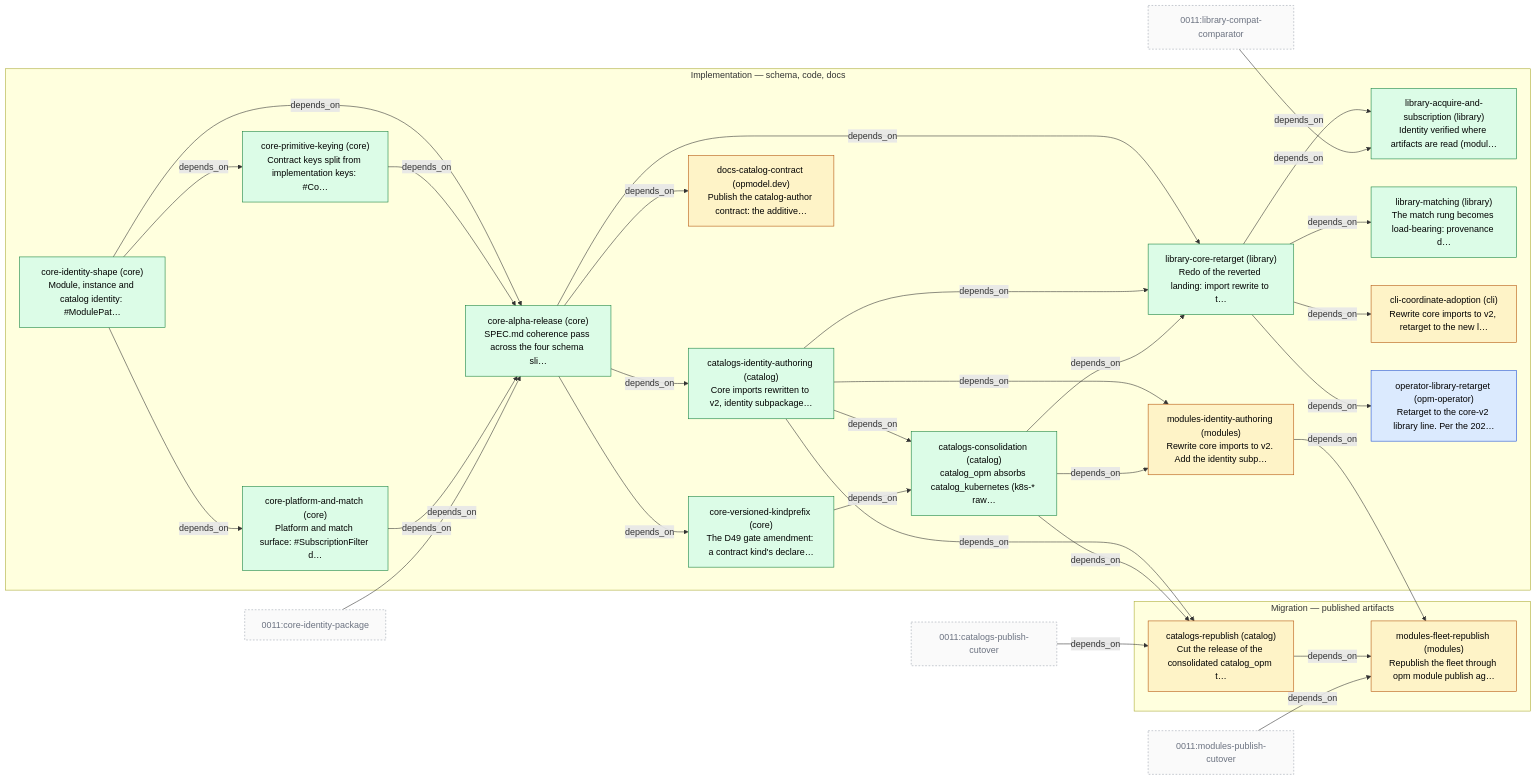
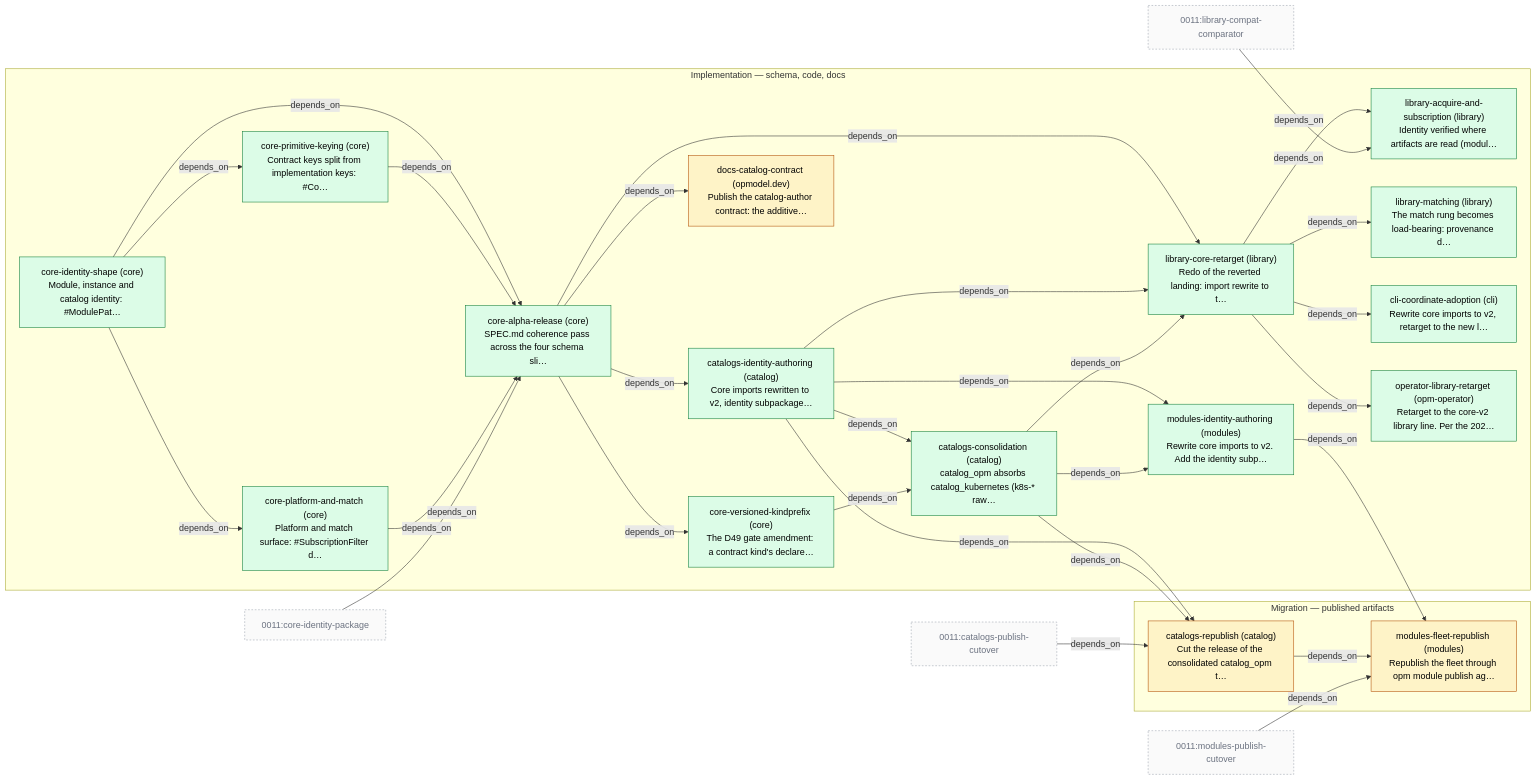
Before and after one commit to open-platform-model/enhancements: the diagram in 0010/PLAN.md, drawn with Mermaid. The commit also changed other lines of this file and 4 other files, not shown here.

Commit message:
record(0010): modules-identity-authoring done; refresh stale generated plans

````diff
--- a/0010/PLAN.md
+++ b/0010/PLAN.md
@@ -5,61 +5,61 @@
 ```mermaid
 graph LR
   classDef planned     fill:#fef3c7,stroke:#b45309,color:#000
   classDef in_progress fill:#dbeafe,stroke:#1d4ed8,color:#000
   classDef done        fill:#dcfce7,stroke:#15803d,color:#000
   classDef cancelled   fill:#e5e7eb,stroke:#6b7280,color:#6b7280
   classDef other       fill:#fafafa,stroke:#9ca3af,color:#6b7280,stroke-dasharray:3 3
 
   subgraph PHASE_IMPL["Implementation — schema, code, docs"]
     S_core-identity-shape["core-identity-shape (core)\nModule, instance and catalog identity: #ModulePat…"]:::done
     S_core-primitive-keying["core-primitive-keying (core)\nContract keys split from implementation keys: #Co…"]:::done
     S_core-platform-and-match["core-platform-and-match (core)\nPlatform and match surface: #SubscriptionFilter d…"]:::done
     S_core-alpha-release["core-alpha-release (core)\nSPEC.md coherence pass across the four schema sli…"]:::done
     S_core-versioned-kindprefix["core-versioned-kindprefix (core)\nThe D49 gate amendment: a contract kind's declare…"]:::done
     S_library-core-retarget["library-core-retarget (library)\nRedo of the reverted landing: import rewrite to t…"]:::done
     S_library-acquire-and-subscription["library-acquire-and-subscription (library)\nIdentity verified where artifacts are read (modul…"]:::done
     S_library-matching["library-matching (library)\nThe match rung becomes load-bearing: provenance d…"]:::done
     S_docs-catalog-contract["docs-catalog-contract (opmodel.dev)\nPublish the catalog-author contract: the additive…"]:::planned
-    S_cli-coordinate-adoption["cli-coordinate-adoption (cli)\nRewrite core imports to v2, retarget to the new l…"]:::planned
-    S_operator-library-retarget["operator-library-retarget (opm-operator)\nRetarget to the core-v2 library line. Per the 202…"]:::in_progress
+    S_cli-coordinate-adoption["cli-coordinate-adoption (cli)\nRewrite core imports to v2, retarget to the new l…"]:::done
+    S_operator-library-retarget["operator-library-retarget (opm-operator)\nRetarget to the core-v2 library line. Per the 202…"]:::done
     S_catalogs-identity-authoring["catalogs-identity-authoring (catalog)\nCore imports rewritten to v2, identity subpackage…"]:::done
     S_catalogs-consolidation["catalogs-consolidation (catalog)\ncatalog_opm absorbs catalog_kubernetes (k8s-* raw…"]:::done
-    S_modules-identity-authoring["modules-identity-authoring (modules)\nRewrite core imports to v2. Add the identity subp…"]:::planned
+    S_modules-identity-authoring["modules-identity-authoring (modules)\nRewrite core imports to v2. Add the identity subp…"]:::done
   end
   subgraph PHASE_MIGR["Migration — published artifacts"]
     S_catalogs-republish["catalogs-republish (catalog)\nCut the release of the consolidated catalog_opm t…"]:::planned
     S_modules-fleet-republish["modules-fleet-republish (modules)\nRepublish the fleet through opm module publish ag…"]:::planned
   end
 
   S_core-identity-shape -->|depends_on| S_core-primitive-keying
   S_core-identity-shape -->|depends_on| S_core-platform-and-match
   S_core-identity-shape -->|depends_on| S_core-alpha-release
   S_core-primitive-keying -->|depends_on| S_core-alpha-release
   S_core-platform-and-match -->|depends_on| S_core-alpha-release
   X_0011_core-identity-package["0011:core-identity-package"]:::other
   X_0011_core-identity-package -->|depends_on| S_core-alpha-release
   S_core-alpha-release -->|depends_on| S_core-versioned-kindprefix
   S_core-alpha-release -->|depends_on| S_library-core-retarget
   S_catalogs-identity-authoring -->|depends_on| S_library-core-retarget
   S_catalogs-consolidation -->|depends_on| S_library-core-retarget
   S_library-core-retarget -->|depends_on| S_library-acquire-and-subscription
   X_0011_library-compat-comparator["0011:library-compat-comparator"]:::other
   X_0011_library-compat-comparator -->|depends_on| S_library-acquire-and-subscription
   S_library-core-retarget -->|depends_on| S_library-matching
   S_core-alpha-release -->|depends_on| S_docs-catalog-contract
   S_library-core-retarget -->|depends_on| S_cli-coordinate-adoption
   S_library-core-retarget -->|depends_on| S_operator-library-retarget
   S_core-alpha-release -->|depends_on| S_catalogs-identity-authoring
   S_catalogs-identity-authoring -->|depends_on| S_catalogs-consolidation
   S_core-versioned-kindprefix -->|depends_on| S_catalogs-consolidation
   S_catalogs-identity-authoring -->|depends_on| S_modules-identity-authoring
   S_catalogs-consolidation -->|depends_on| S_modules-identity-authoring
   S_catalogs-identity-authoring -->|depends_on| S_catalogs-republish
   S_catalogs-consolidation -->|depends_on| S_catalogs-republish
   X_0011_catalogs-publish-cutover["0011:catalogs-publish-cutover"]:::other
   X_0011_catalogs-publish-cutover -->|depends_on| S_catalogs-republish
   S_catalogs-republish -->|depends_on| S_modules-fleet-republish
   S_modules-identity-authoring -->|depends_on| S_modules-fleet-republish
   X_0011_modules-publish-cutover["0011:modules-publish-cutover"]:::other
   X_0011_modules-publish-cutover -->|depends_on| S_modules-fleet-republish
 ```
````
